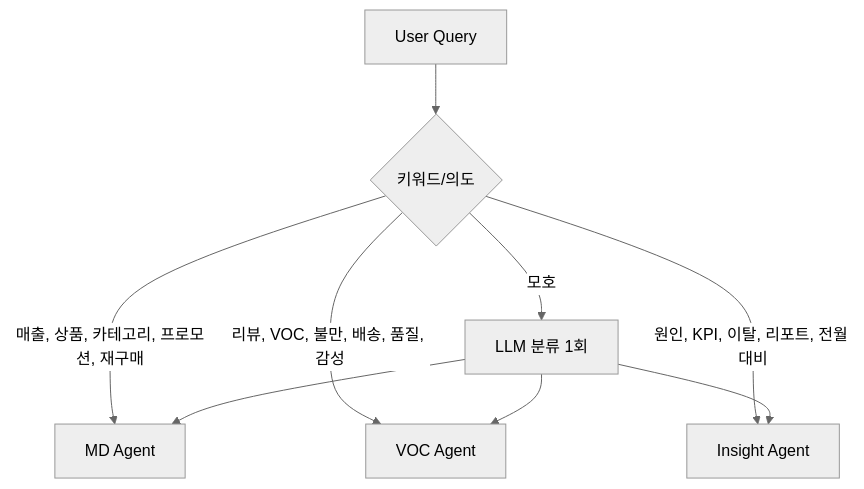
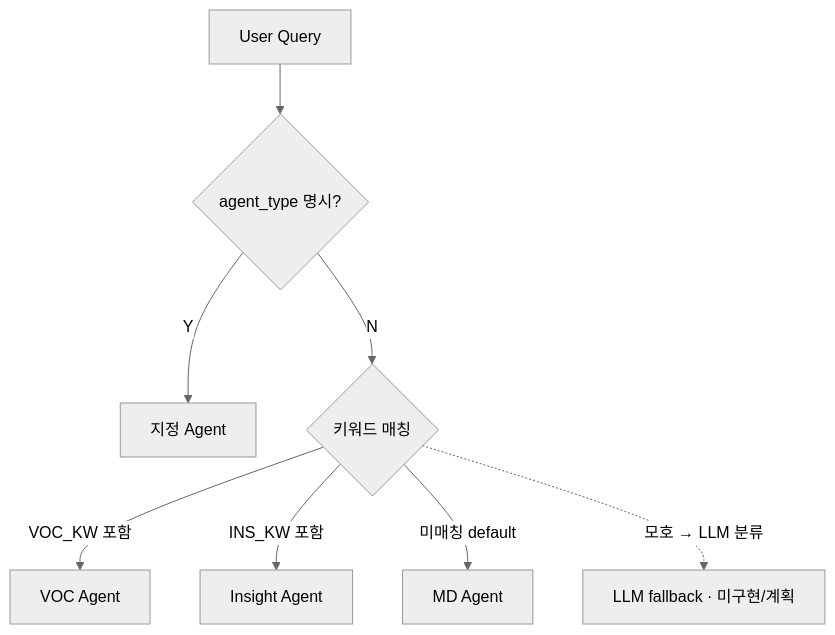
The first of 2 diagrams in docs/AGENTS.md (archdsp/AI_Commerce_Operation_Platform), drawn with Mermaid (neutral theme) before and after one commit. The commit also changed other lines of this file and 9 other files, not shown here.

````diff
--- a/docs/AGENTS.md
+++ b/docs/AGENTS.md
@@ -30,8 +32,10 @@
 ```mermaid
 flowchart TD
-    Q[User Query] --> K{키워드/의도}
-    K -->|매출, 상품, 카테고리, 프로모션, 재구매| MD[MD Agent]
-    K -->|리뷰, VOC, 불만, 배송, 품질, 감성| VOC[VOC Agent]
-    K -->|원인, KPI, 이탈, 리포트, 전월 대비| INS[Insight Agent]
-    K -->|모호| LLM[LLM 분류 1회] --> MD & VOC & INS
+    Q[User Query] --> E{agent_type 명시?}
+    E -->|Y| FIX[지정 Agent]
+    E -->|N| K{키워드 매칭}
+    K -->|VOC_KW 포함| VOC[VOC Agent]
+    K -->|INS_KW 포함| INS[Insight Agent]
+    K -->|미매칭 default| MD[MD Agent]
+    K -.->|모호 → LLM 분류| LLMF[LLM fallback · 미구현/계획]
 ```
````
